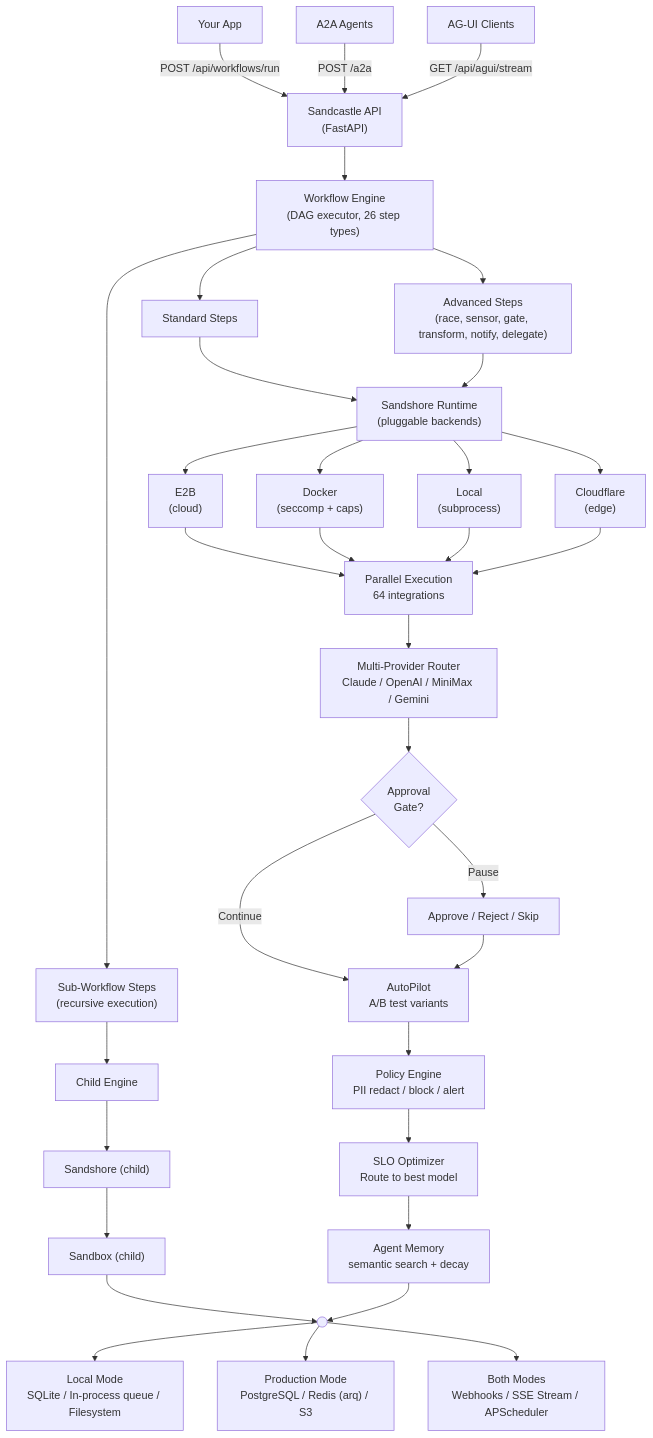
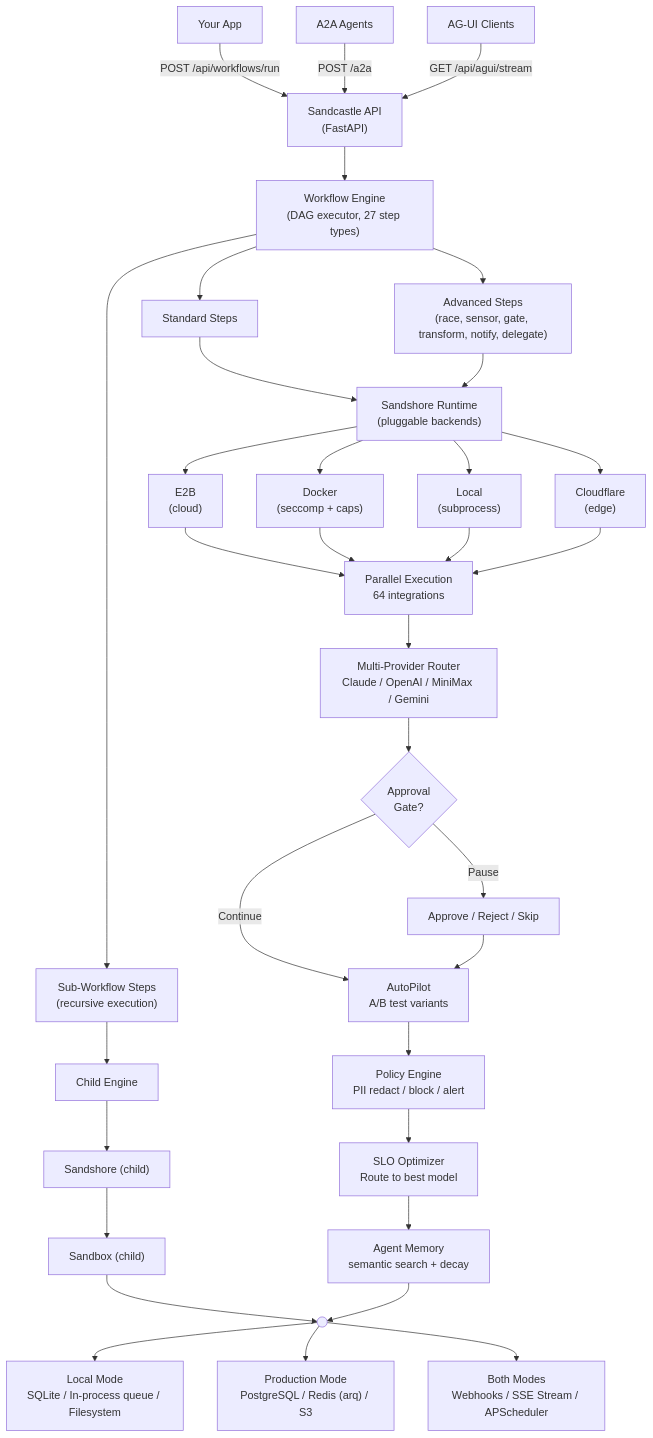
Before and after one commit to gizmax/Sandcastle: the second of 2 diagrams in README.md, drawn with Mermaid. The commit also changed other lines of this file and 7 other files, not shown here.

````diff
--- a/README.md
+++ b/README.md
@@ -2384,47 +2384,47 @@
 ```mermaid
 flowchart TD
     App["Your App"] -->|"POST /api/workflows/run"| API["Sandcastle API\n(FastAPI)"]
     A2A["A2A Agents"] -->|"POST /a2a"| API
     AGUI["AG-UI Clients"] -->|"GET /api/agui/stream"| API
 
-    API --> Engine["Workflow Engine\n(DAG executor, 26 step types)"]
+    API --> Engine["Workflow Engine\n(DAG executor, 27 step types)"]
 
     Engine --> Standard["Standard Steps"]
     Engine --> Sub["Sub-Workflow Steps\n(recursive execution)"]
     Engine --> Advanced["Advanced Steps\n(race, sensor, gate, transform, notify, delegate)"]
 
     Standard --> Sandshore["Sandshore Runtime\n(pluggable backends)"]
     Sub --> Child["Child Engine"]
     Advanced --> Sandshore
     Child --> SandshoreChild["Sandshore (child)"]
 
     Sandshore --> E2B["E2B\n(cloud)"]
     Sandshore --> Docker["Docker\n(seccomp + caps)"]
     Sandshore --> Local["Local\n(subprocess)"]
     Sandshore --> CF["Cloudflare\n(edge)"]
     SandshoreChild --> E2B2["Sandbox (child)"]
 
     E2B --> Execution
     Docker --> Execution
     Local --> Execution
     CF --> Execution
     E2B2 --> Merge
 
     Execution["Parallel Execution\n64 integrations"] --> Provider["Multi-Provider Router\nClaude / OpenAI / MiniMax / Gemini"]
 
     Provider --> Gate{"Approval\nGate?"}
 
     Gate -->|"Pause"| Review["Approve / Reject / Skip"]
     Gate -->|"Continue"| AutoPilot
 
     Review --> AutoPilot["AutoPilot\nA/B test variants"]
     AutoPilot --> Policy["Policy Engine\nPII redact / block / alert"]
     Policy --> Optimizer["SLO Optimizer\nRoute to best model"]
     Optimizer --> Memory["Agent Memory\nsemantic search + decay"]
 
     Memory --> Merge((" "))
 
     Merge --> LocalMode["Local Mode\nSQLite / In-process queue / Filesystem"]
     Merge --> ProdMode["Production Mode\nPostgreSQL / Redis (arq) / S3"]
     Merge --> BothModes["Both Modes\nWebhooks / SSE Stream / APScheduler"]
 ```
````
